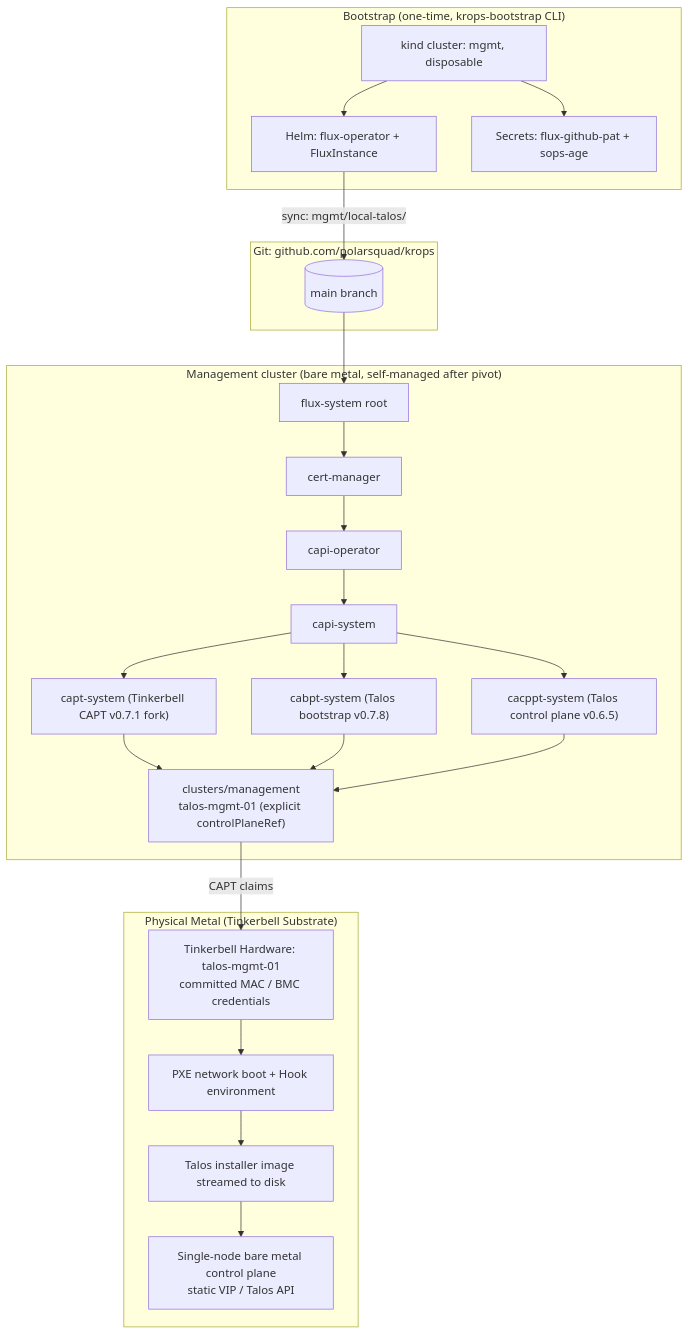
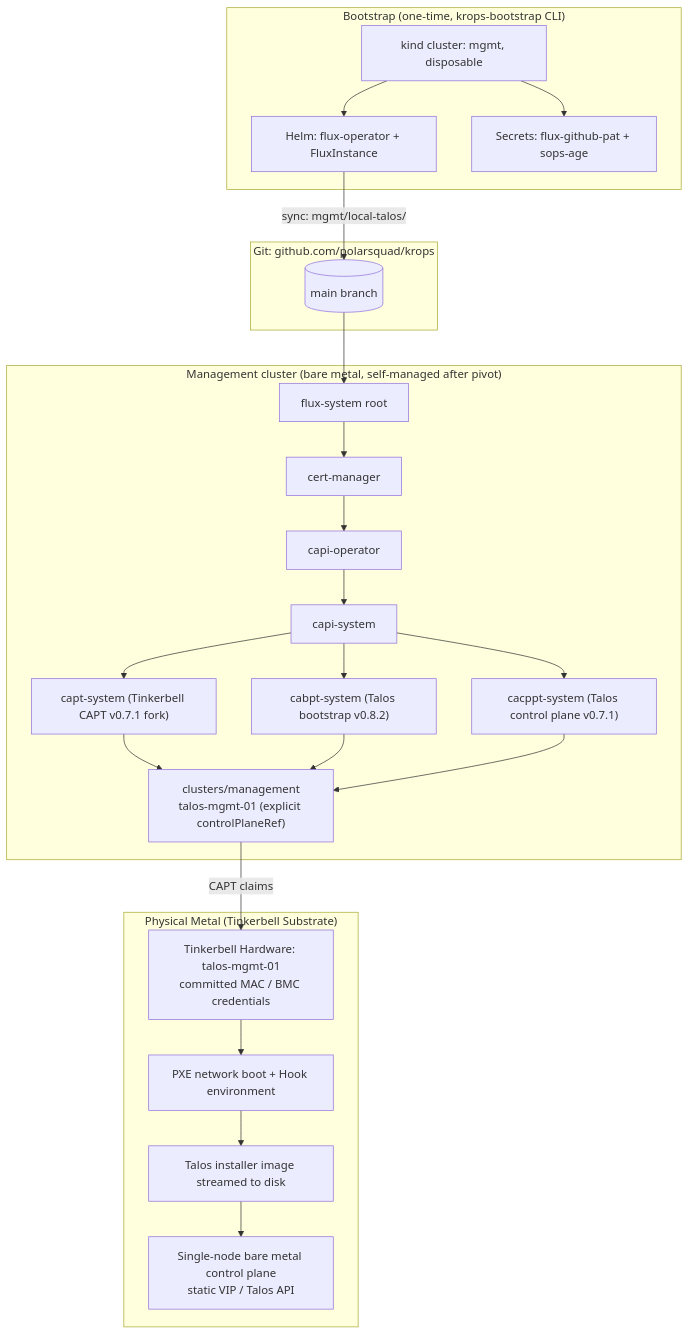
The fifth of 5 diagrams in docs/architecture.md (TrueHear-Infra/truehear-infra-dev), drawn with Mermaid before and after one commit. The commit also changed other lines of this file and 9 other files, not shown here.

````diff
--- a/docs/architecture.md
+++ b/docs/architecture.md
@@ -529,47 +532,47 @@
 ```mermaid
 flowchart TD
     subgraph bootstrap["Bootstrap (one-time, krops-bootstrap CLI)"]
         KIND[kind cluster: mgmt, disposable]
         HELM[Helm: flux-operator + FluxInstance]
         SEC[Secrets: flux-github-pat + sops-age]
         KIND --> HELM
         KIND --> SEC
     end
 
     subgraph git["Git: github.com/polarsquad/krops"]
         REPO[(main branch)]
     end
 
     HELM -->|"sync: mgmt/local-talos/"| REPO
 
     subgraph mgmt["Management cluster (bare metal, self-managed after pivot)"]
         FS[flux-system root]
         CM[cert-manager]
         CO[capi-operator]
         CAPIS[capi-system]
         CAPT["capt-system (Tinkerbell CAPT v0.7.1 fork)"]
-        CABPT["cabpt-system (Talos bootstrap v0.7.8)"]
-        CACPPT["cacppt-system (Talos control plane v0.6.5)"]
+        CABPT["cabpt-system (Talos bootstrap v0.8.2)"]
+        CACPPT["cacppt-system (Talos control plane v0.7.1)"]
         TALOSMGMT["clusters/management<br/>talos-mgmt-01 (explicit controlPlaneRef)"]
 
         FS --> CM --> CO --> CAPIS
         CAPIS --> CAPT
         CAPIS --> CABPT
         CAPIS --> CACPPT
         CAPT --> TALOSMGMT
         CABPT --> TALOSMGMT
         CACPPT --> TALOSMGMT
     end
 
     REPO --> FS
 
     subgraph metal["Physical Metal (Tinkerbell Substrate)"]
         HW["Tinkerbell Hardware: talos-mgmt-01<br/>committed MAC / BMC credentials"]
         PXE["PXE network boot + Hook environment"]
         IMG["Talos installer image streamed to disk"]
         NODE["Single-node bare metal control plane<br/>static VIP / Talos API"]
     end
 
     TALOSMGMT -->|CAPT claims| HW
     HW --> PXE --> IMG --> NODE
 ```
````
